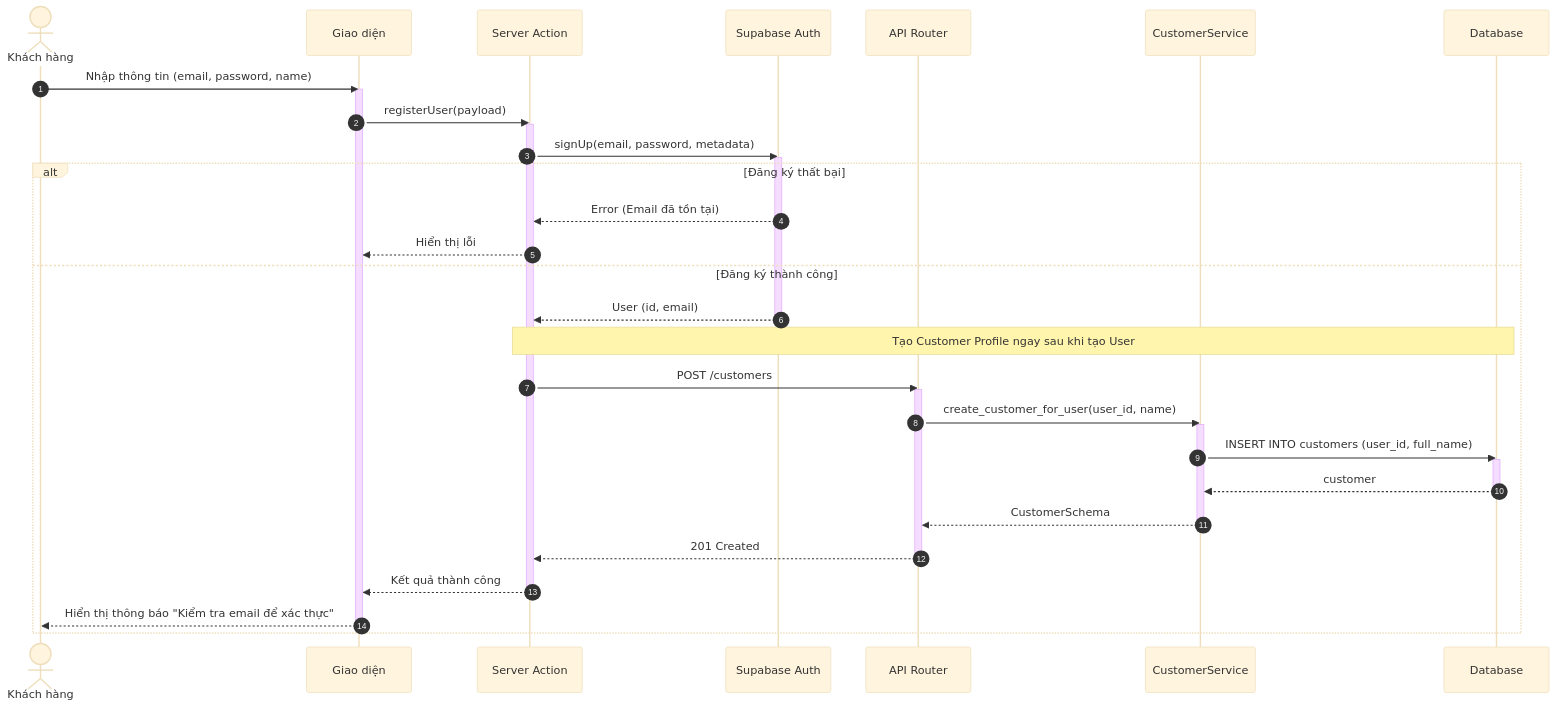
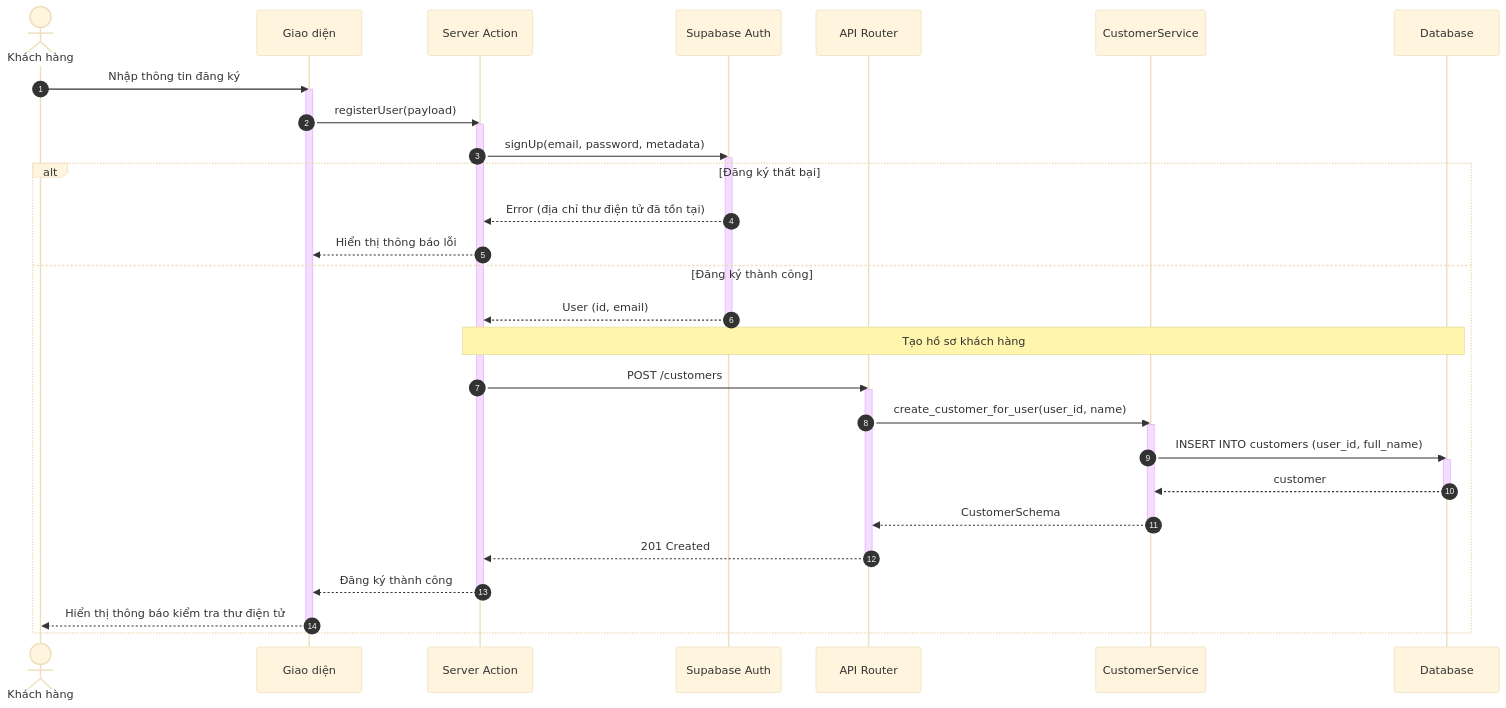
Before and after one commit to ngoctinn/Synapse: the first of 7 diagrams in docs/design/sequences/authentication.md, drawn with Mermaid (base theme). The commit also changed other lines of this file and 11 other files, not shown here.

Commit message:
docs: Add initial design documentation, including architecture, UI, use cases, and detailed sequence diagrams for various user flows.

````diff
--- a/docs/design/sequences/authentication.md
+++ b/docs/design/sequences/authentication.md
@@ -29,46 +28,46 @@
 ```mermaid
 sequenceDiagram
     autonumber
     actor KH as Khách hàng
     participant UI as Giao diện
     participant BFF as Server Action
     participant SUPA as Supabase Auth
     participant API as API Router
     participant S as CustomerService
     participant DB as Database
 
-    KH->>UI: Nhập thông tin (email, password, name)
+    KH->>UI: Nhập thông tin đăng ký
     activate UI
     UI->>BFF: registerUser(payload)
     activate BFF
 
     BFF->>SUPA: signUp(email, password, metadata)
     activate SUPA
     alt Đăng ký thất bại
-        SUPA-->>BFF: Error (Email đã tồn tại)
-        BFF-->>UI: Hiển thị lỗi
+        SUPA-->>BFF: Error (địa chỉ thư điện tử đã tồn tại)
+        BFF-->>UI: Hiển thị thông báo lỗi
     else Đăng ký thành công
         SUPA-->>BFF: User (id, email)
         deactivate SUPA
 
-        Note over BFF,DB: Tạo Customer Profile ngay sau khi tạo User
+        Note over BFF,DB: Tạo hồ sơ khách hàng
         BFF->>API: POST /customers
         activate API
         API->>S: create_customer_for_user(user_id, name)
         activate S
         S->>DB: INSERT INTO customers (user_id, full_name)
         activate DB
         DB-->>S: customer
         deactivate DB
         S-->>API: CustomerSchema
         deactivate S
         API-->>BFF: 201 Created
         deactivate API
 
-        BFF-->>UI: Kết quả thành công
+        BFF-->>UI: Đăng ký thành công
         deactivate BFF
 
-        UI-->>KH: Hiển thị thông báo "Kiểm tra email để xác thực"
+        UI-->>KH: Hiển thị thông báo kiểm tra thư điện tử
         deactivate UI
     end
 ```
````
